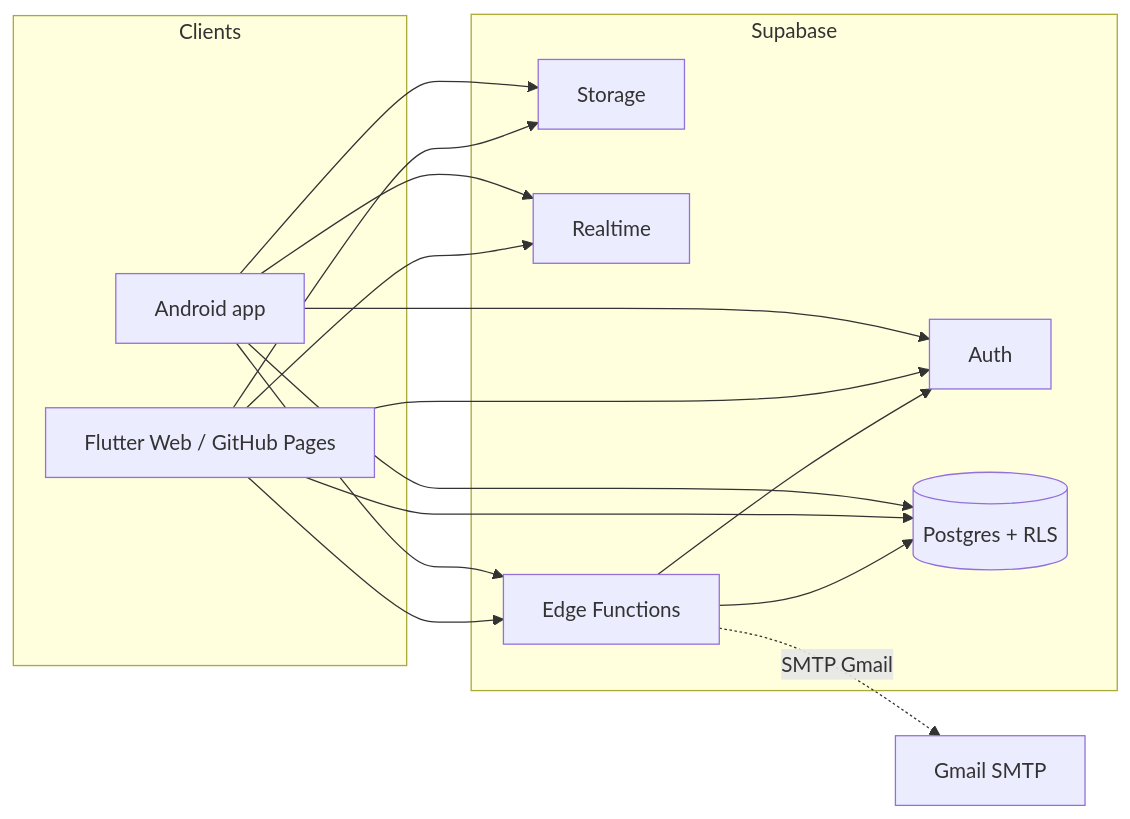
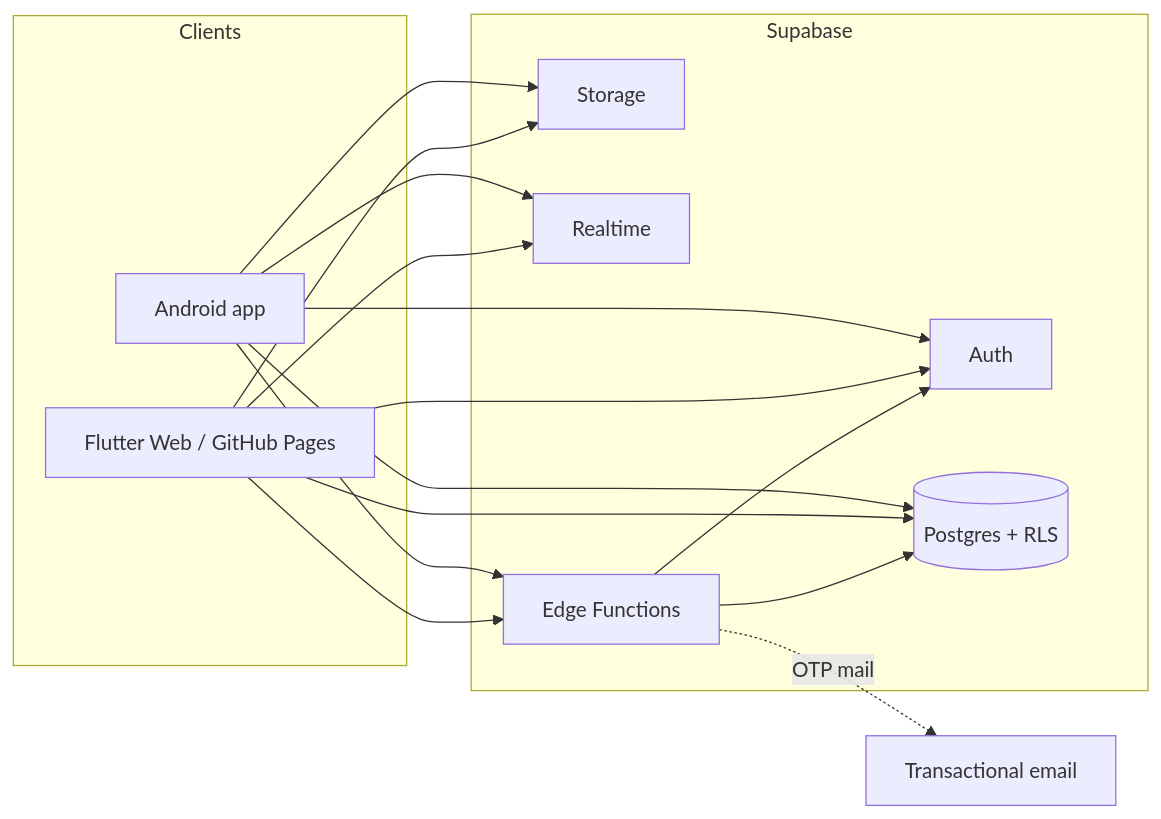
The first of 5 diagrams in docs/ARCHITECTURE.md (preshan/SYU-Sri-Lanka), drawn with Mermaid before and after one commit. The commit also changed other lines of this file and 5 other files, not shown here.

````diff
--- a/docs/ARCHITECTURE.md
+++ b/docs/ARCHITECTURE.md
@@ -7,29 +7,29 @@
 ```mermaid
 flowchart LR
   subgraph clients [Clients]
     Android[Android app]
     Web[Flutter Web / GitHub Pages]
   end
 
   subgraph supabase [Supabase]
     Auth[Auth]
     DB[(Postgres + RLS)]
     Storage[Storage]
     RT[Realtime]
     Edge[Edge Functions]
   end
 
   Android --> Auth
   Android --> DB
   Android --> Storage
   Android --> RT
   Android --> Edge
   Web --> Auth
   Web --> DB
   Web --> Storage
   Web --> RT
   Web --> Edge
   Edge --> Auth
   Edge --> DB
-  Edge -.->|SMTP Gmail| Mail[Gmail SMTP]
+  Edge -.->|OTP mail| Mail[Transactional email]
 ```
````
